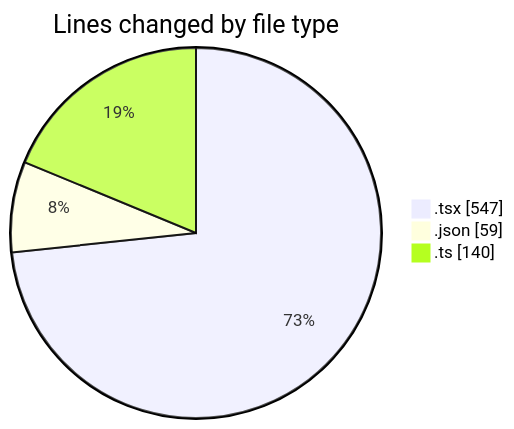
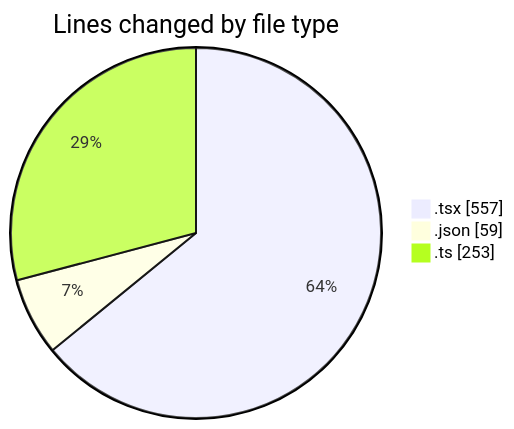
One commit to momahboobian/code-tracking changed the first of 2 diagrams in 2025-11-24/cda/README.md. Above: the diagram before and after it, drawn with Mermaid. The commit also changed other lines of this file and 1 other file, not shown here.

````diff
--- a/2025-11-24/cda/README.md
+++ b/2025-11-24/cda/README.md
@@ -24,7 +25,7 @@
 ```mermaid
 pie showData
 title Lines changed by file type
-".tsx" : 547
+".tsx" : 557
 ".json" : 59
-".ts" : 140
+".ts" : 253
 ```
````
